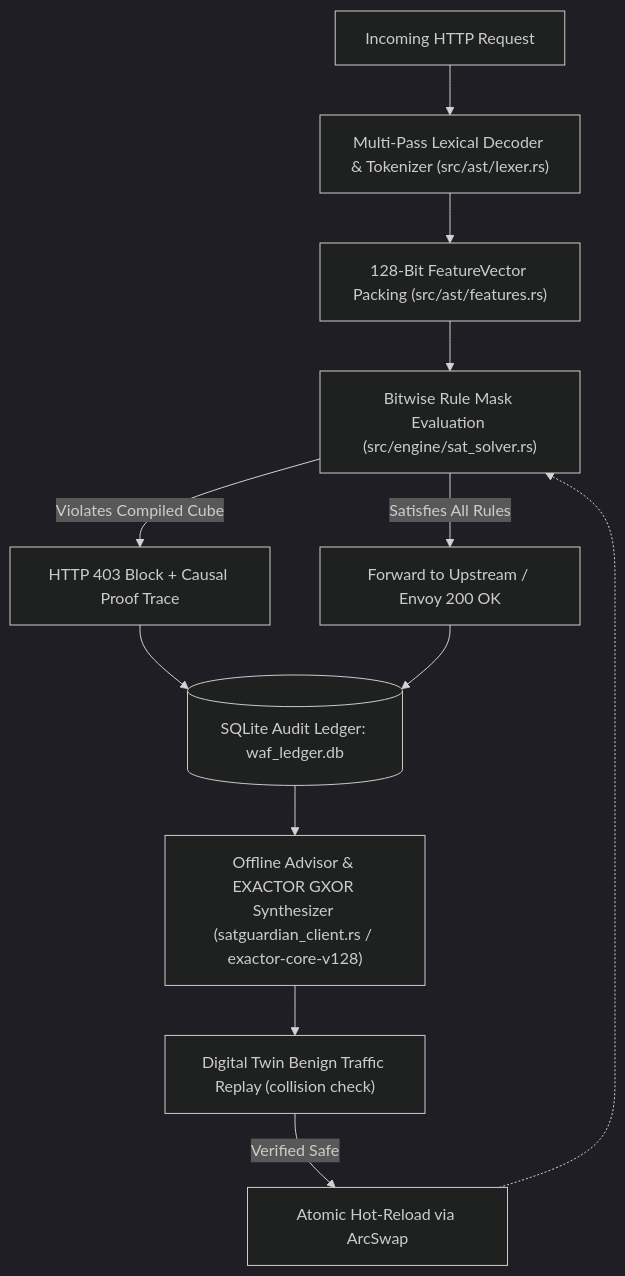
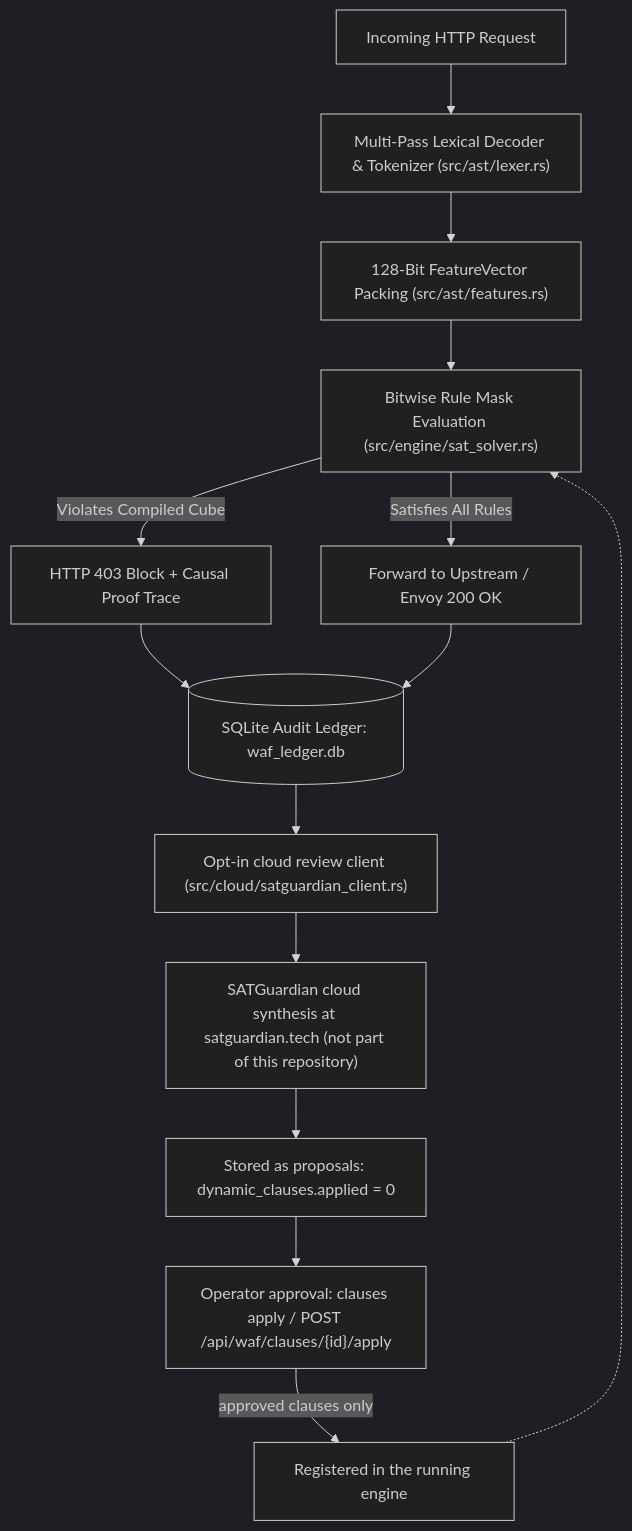
The diagram in ARCHITECTURE.md (ExactorResearch/satguardian), drawn with Mermaid (dark theme) before and after one commit. The commit also changed other lines of this file and 72 other files, not shown here.

````diff
--- a/ARCHITECTURE.md
+++ b/ARCHITECTURE.md
@@ -21,14 +22,16 @@
 ```mermaid
 flowchart TD
     A["Incoming HTTP Request"] --> B["Multi-Pass Lexical Decoder & Tokenizer (src/ast/lexer.rs)"]
     B --> C["128-Bit FeatureVector Packing (src/ast/features.rs)"]
     C --> D["Bitwise Rule Mask Evaluation (src/engine/sat_solver.rs)"]
     D -- "Violates Compiled Cube" --> E["HTTP 403 Block + Causal Proof Trace"]
     D -- "Satisfies All Rules" --> F["Forward to Upstream / Envoy 200 OK"]
     E --> G[("SQLite Audit Ledger: waf_ledger.db")]
     F --> G
-    G --> H["Offline Advisor & EXACTOR GXOR Synthesizer (satguardian_client.rs / exactor-core-v128)"]
-    H --> I["Digital Twin Benign Traffic Replay (collision check)"]
-    I -- "Verified Safe" --> J["Atomic Hot-Reload via ArcSwap"]
-    J -.-> D
+    G --> H["Opt-in cloud review client (src/cloud/satguardian_client.rs)"]
+    H --> K["SATGuardian cloud synthesis at satguardian.tech (not part of this repository)"]
+    K --> L["Stored as proposals: dynamic_clauses.applied = 0"]
+    L --> M["Operator approval: clauses apply / POST /api/waf/clauses/{id}/apply"]
+    M -- "approved clauses only" --> N["Registered in the running engine"]
+    N -.-> D
 ```
````
